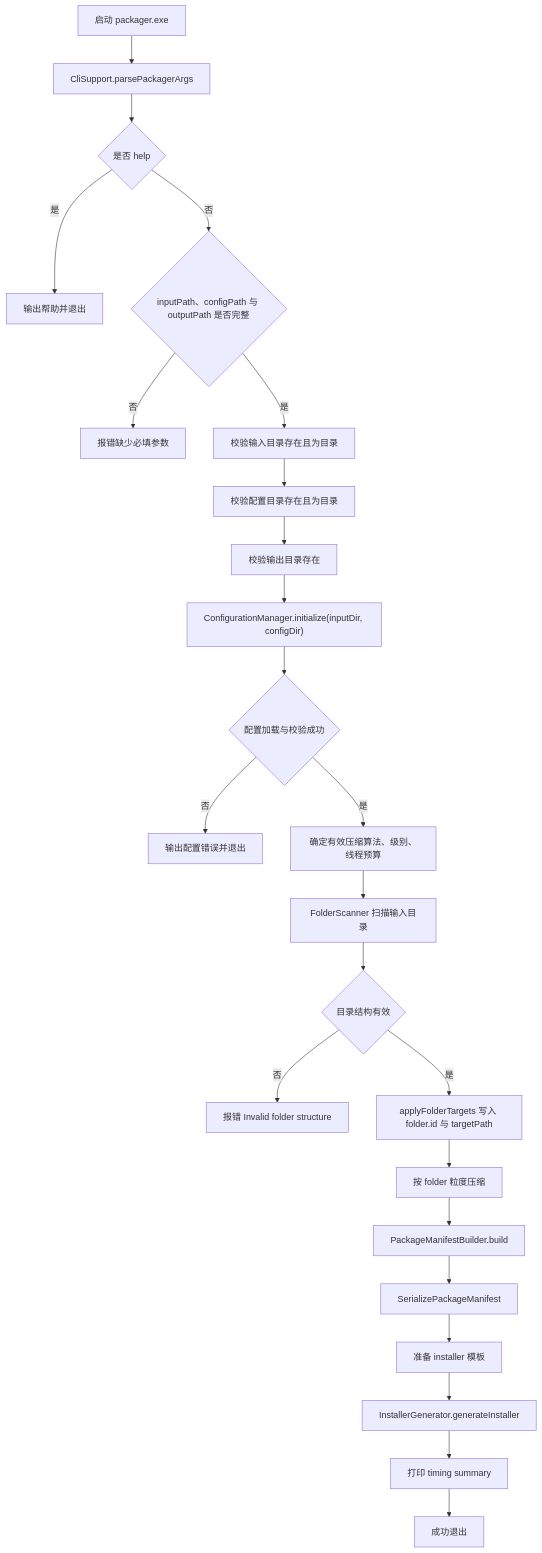
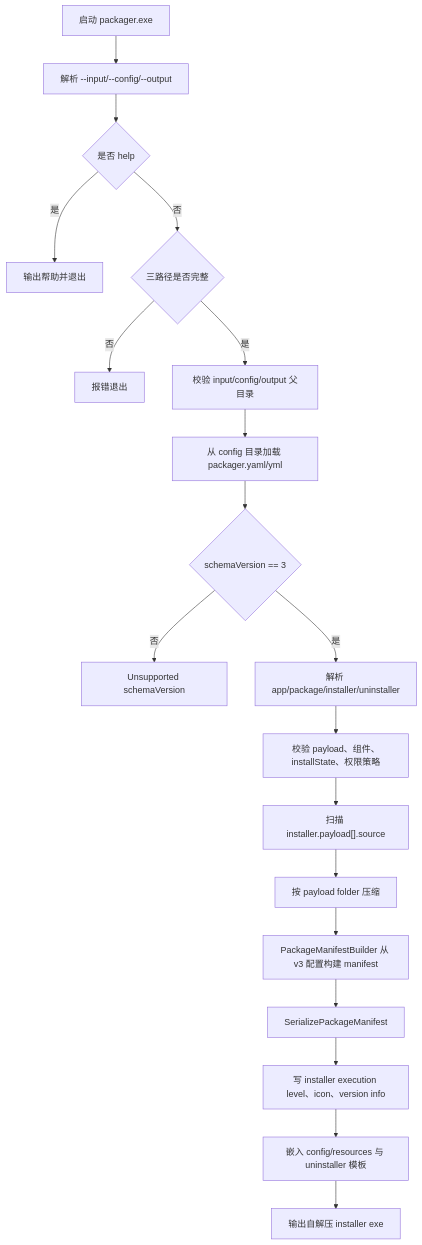
Before and after one commit to lu020218/Multi-Threaded_Installer: the first of 6 diagrams in docs/打包器流程图.md, drawn with Mermaid. The commit also changed other lines of this file and 63 other files, not shown here.

````diff
--- a/docs/打包器流程图.md
+++ b/docs/打包器流程图.md
@@ -15,26 +7,21 @@
 ```mermaid
 flowchart TD
-    A["启动 packager.exe"] --> B["CliSupport.parsePackagerArgs"]
+    A["启动 packager.exe"] --> B["解析 --input/--config/--output"]
     B --> C{"是否 help"}
     C -->|是| C1["输出帮助并退出"]
-    C -->|否| D{"inputPath、configPath 与 outputPath 是否完整"}
-    D -->|否| D1["报错缺少必填参数"]
-    D -->|是| E["校验输入目录存在且为目录"]
-    E --> E1["校验配置目录存在且为目录"]
-    E1 --> F["校验输出目录存在"]
-    F --> G["ConfigurationManager.initialize(inputDir, configDir)"]
-    G --> H{"配置加载与校验成功"}
-    H -->|否| H1["输出配置错误并退出"]
-    H -->|是| I["确定有效压缩算法、级别、线程预算"]
-    I --> J["FolderScanner 扫描输入目录"]
-    J --> K{"目录结构有效"}
-    K -->|否| K1["报错 Invalid folder structure"]
-    K -->|是| L["applyFolderTargets 写入 folder.id 与 targetPath"]
-    L --> M["按 folder 粒度压缩"]
-    M --> N["PackageManifestBuilder.build"]
-    N --> O["SerializePackageManifest"]
-    O --> P["准备 installer 模板"]
-    P --> Q["InstallerGenerator.generateInstaller"]
-    Q --> R["打印 timing summary"]
-    R --> S["成功退出"]
+    C -->|否| D{"三路径是否完整"}
+    D -->|否| D1["报错退出"]
+    D -->|是| E["校验 input/config/output 父目录"]
+    E --> F["从 config 目录加载 packager.yaml/yml"]
+    F --> G{"schemaVersion == 3"}
+    G -->|否| G1["Unsupported schemaVersion"]
+    G -->|是| H["解析 app/package/installer/uninstaller"]
+    H --> I["校验 payload、组件、installState、权限策略"]
+    I --> J["扫描 installer.payload[].source"]
+    J --> K["按 payload folder 压缩"]
+    K --> L["PackageManifestBuilder 从 v3 配置构建 manifest"]
+    L --> M["SerializePackageManifest"]
+    M --> N["写 installer execution level、icon、version info"]
+    N --> O["嵌入 config/resources 与 uninstaller 模板"]
+    O --> P["输出自解压 installer exe"]
 ```
````
